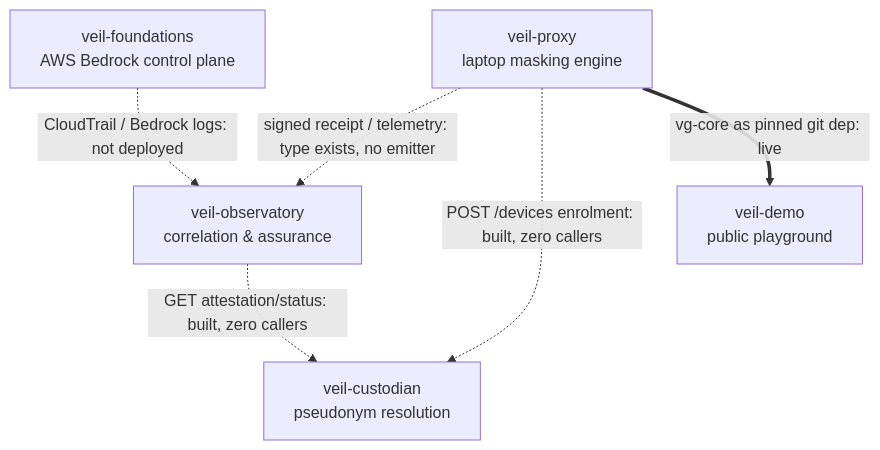
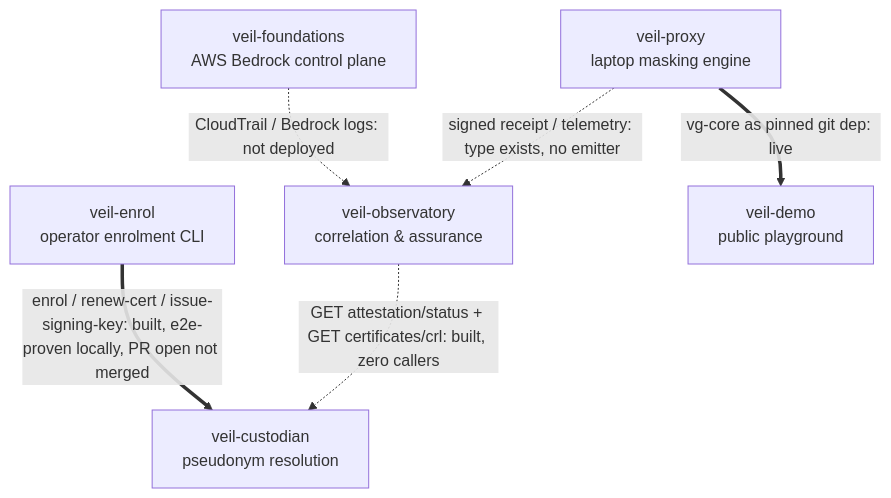
Before and after one commit to dermdunc/veil-ecosystem: the diagram in docs/architecture.md, drawn with Mermaid. The commit also changed other lines of this file and 4 other files, not shown here.

First line of the commit message:
docs: add veil-enrol as the family's sixth component

````diff
--- a/docs/architecture.md
+++ b/docs/architecture.md
@@ -239,14 +320,15 @@
 ```mermaid
 flowchart TB
     VP["veil-proxy<br/>laptop masking engine"]
     WG["veil-foundations<br/>AWS Bedrock control plane"]
     OBS["veil-observatory<br/>correlation & assurance"]
     CUST["veil-custodian<br/>pseudonym resolution"]
+    ENROL["veil-enrol<br/>operator enrolment CLI"]
     DEMO["veil-demo<br/>public playground"]
 
     VP -. "signed receipt / telemetry: type exists, no emitter" .-> OBS
     WG -. "CloudTrail / Bedrock logs: not deployed" .-> OBS
-    OBS -. "GET attestation/status: built, zero callers" .-> CUST
-    VP -. "POST /devices enrolment: built, zero callers" .-> CUST
+    OBS -. "GET attestation/status + GET certificates/crl: built, zero callers" .-> CUST
+    ENROL == "enrol / renew-cert / issue-signing-key: built, e2e-proven locally, PR open not merged" ==> CUST
     VP == "vg-core as pinned git dep: live" ==> DEMO
 ```
````
